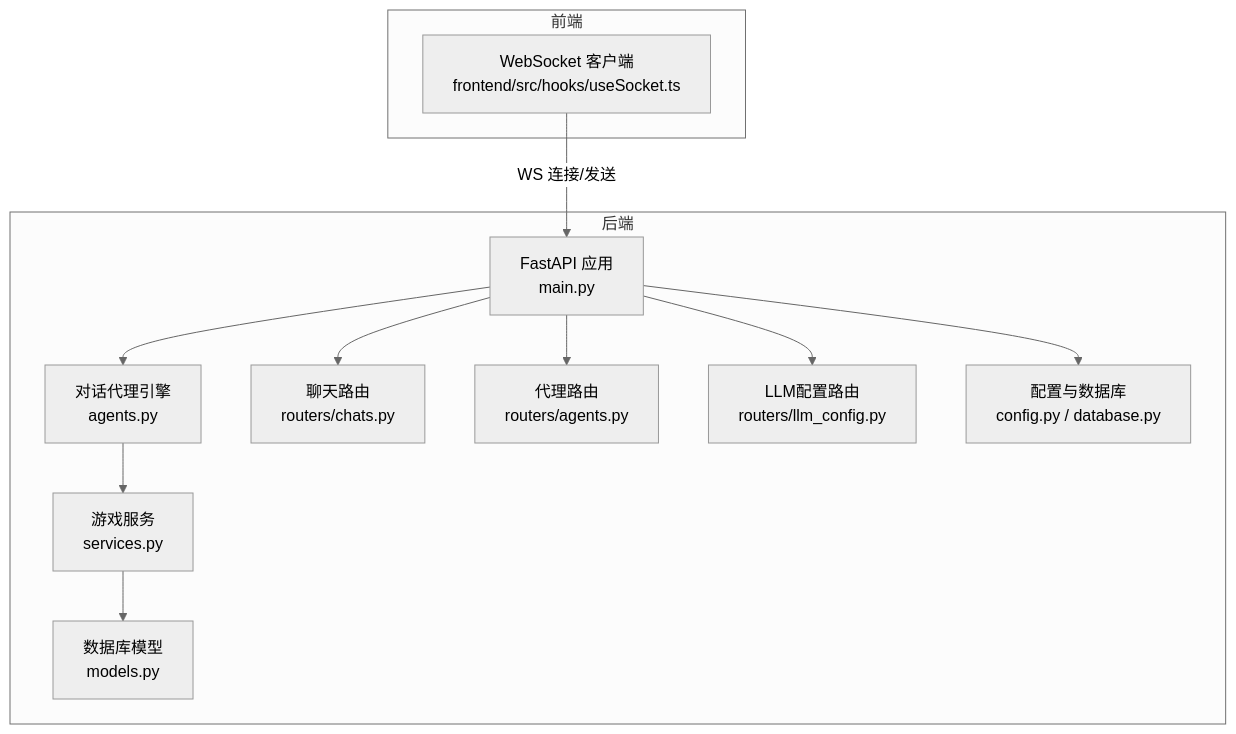
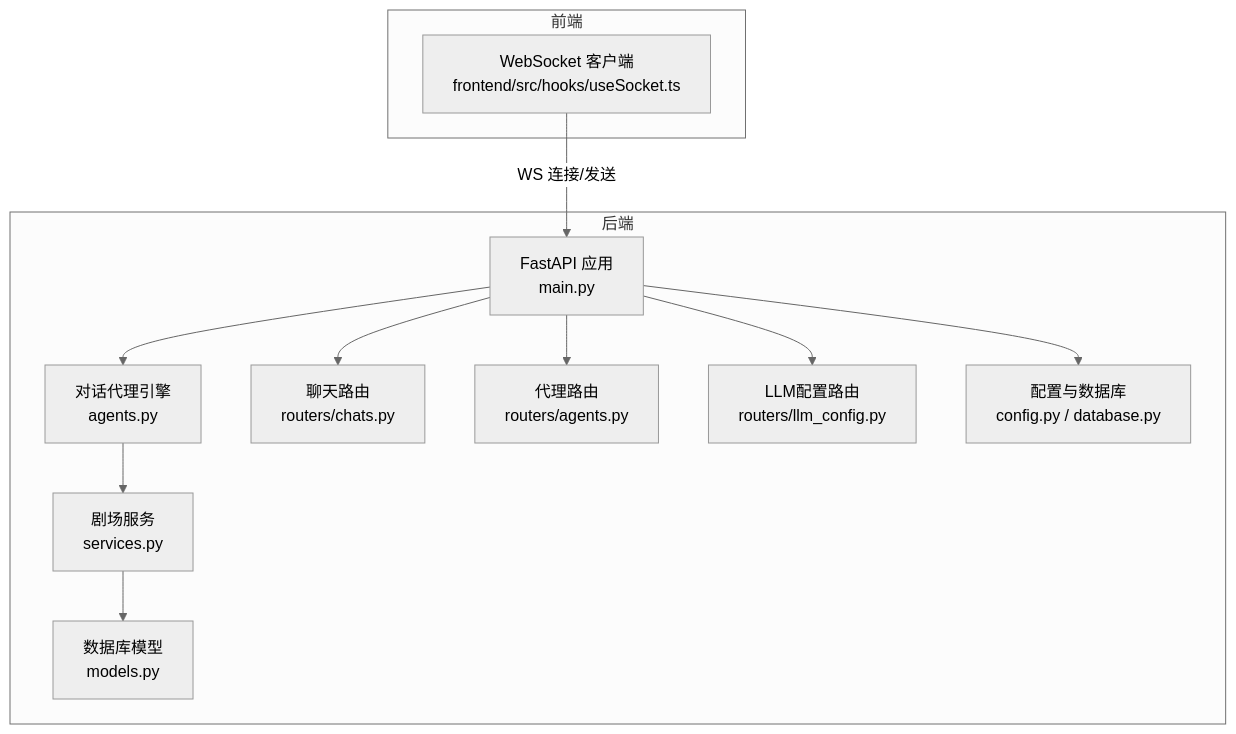
Before and after one commit to KunLabAI/KunFlix: the first of 7 diagrams in .qoder/repowiki/zh/content/故障排除/智能体系统问题/对话代理错误.md, drawn with Mermaid (neutral theme). The commit also changed other lines of this file and 112 other files, not shown here.

````diff
--- a/.qoder/repowiki/zh/content/故障排除/智能体系统问题/对话代理错误.md
+++ b/.qoder/repowiki/zh/content/故障排除/智能体系统问题/对话代理错误.md
@@ -44,24 +44,24 @@
 ```mermaid
 graph TB
 subgraph "后端"
 A["FastAPI 应用<br/>main.py"]
 B["对话代理引擎<br/>agents.py"]
-C["游戏服务<br/>services.py"]
+C["剧场服务<br/>services.py"]
 D["数据库模型<br/>models.py"]
 E["聊天路由<br/>routers/chats.py"]
 F["代理路由<br/>routers/agents.py"]
 G["LLM配置路由<br/>routers/llm_config.py"]
 H["配置与数据库<br/>config.py / database.py"]
 end
 subgraph "前端"
 U["WebSocket 客户端<br/>frontend/src/hooks/useSocket.ts"]
 end
 U --> |WS 连接/发送| A
 A --> E
 A --> F
 A --> G
 A --> B
 B --> C
 C --> D
 A --> H
 ```
````
